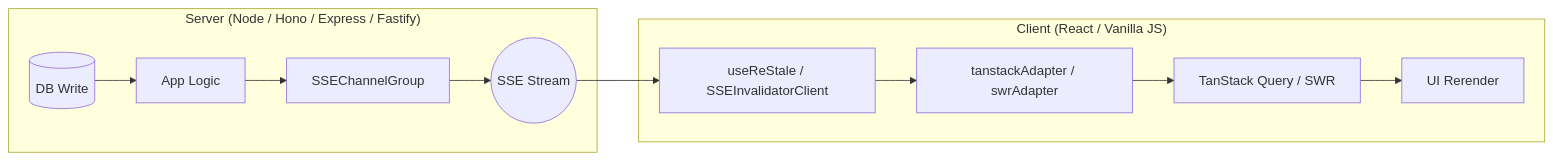
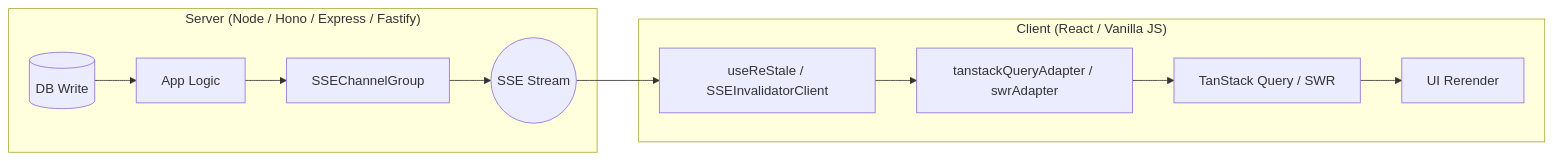
Before and after one commit to gerkim62/restale-kit: the diagram in restale-kit/README.md, drawn with Mermaid. The commit also changed other lines of this file and 4 other files, not shown here.

Commit message:
refactor: rename tanstackAdapter to tanstackQueryAdapter and update usage examples

````diff
--- a/restale-kit/README.md
+++ b/restale-kit/README.md
@@ -15,14 +15,14 @@
 ```mermaid
 flowchart LR
     subgraph Server ["Server (Node / Hono / Express / Fastify)"]
         db[(DB Write)] --> app[App Logic]
         app --> group[SSEChannelGroup]
         group --> wire((SSE Stream))
     end
     subgraph Client ["Client (React / Vanilla JS)"]
         wire --> client[useReStale / SSEInvalidatorClient]
-        client --> adapter[tanstackAdapter / swrAdapter]
+        client --> adapter[tanstackQueryAdapter / swrAdapter]
         adapter --> cache[TanStack Query / SWR]
         cache --> ui[UI Rerender]
     end
 ```
````
